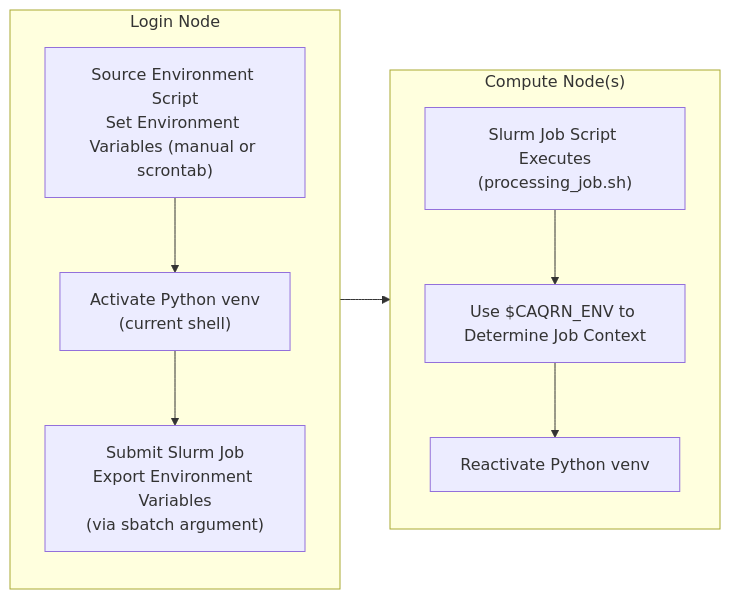
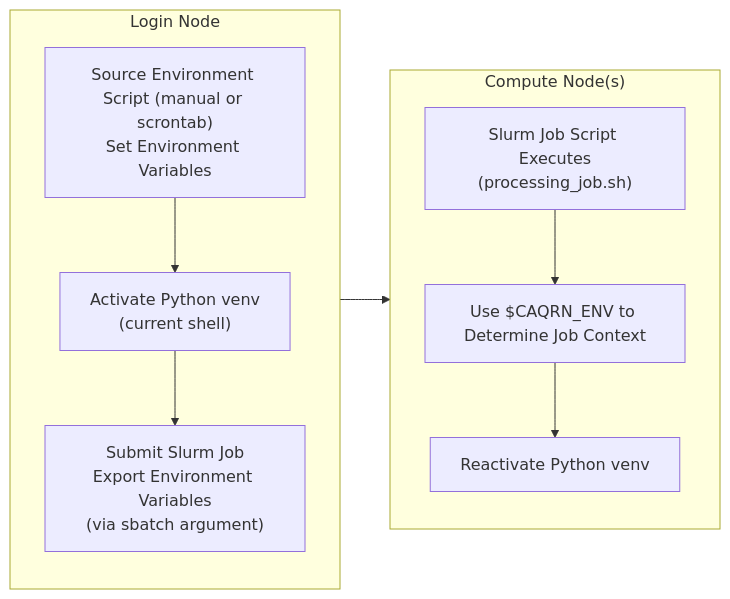
One commit to nandstand/sample-site changed the diagram in diagrams/python-venv-flow.mmd. Above: the diagram before and after it, drawn with Mermaid.

Commit message:
Change ordering of some info in the venv flowchart

```diff
--- a/diagrams/python-venv-flow.mmd
+++ b/diagrams/python-venv-flow.mmd
@@ -1,14 +1,14 @@
 flowchart LR
     subgraph LN ["Login Node"]
         direction TB
-        A1["Source Environment Script<br/>Set Environment Variables (manual or scrontab)"] --> A2
+        A1["Source Environment Script (manual or scrontab)<br/>Set Environment Variables"] --> A2
         A2["Activate Python venv<br/>(current shell)"] --> A3["Submit Slurm Job<br/>Export Environment Variables<br/>(via sbatch argument)"]
     end
     
     subgraph CN ["Compute Node(s)"]
         direction TB
         B1["Slurm Job Script Executes<br/>(processing_job.sh)"] --> B2["Use $CAQRN_ENV to Determine Job Context"]
         B2 --> B3["Reactivate Python venv"] 
     end
     
     LN --> CN
```
